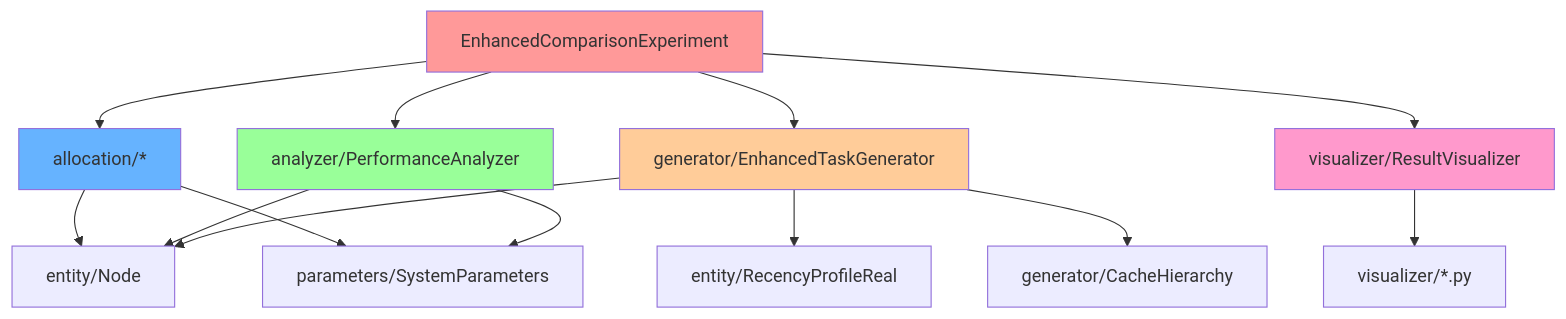
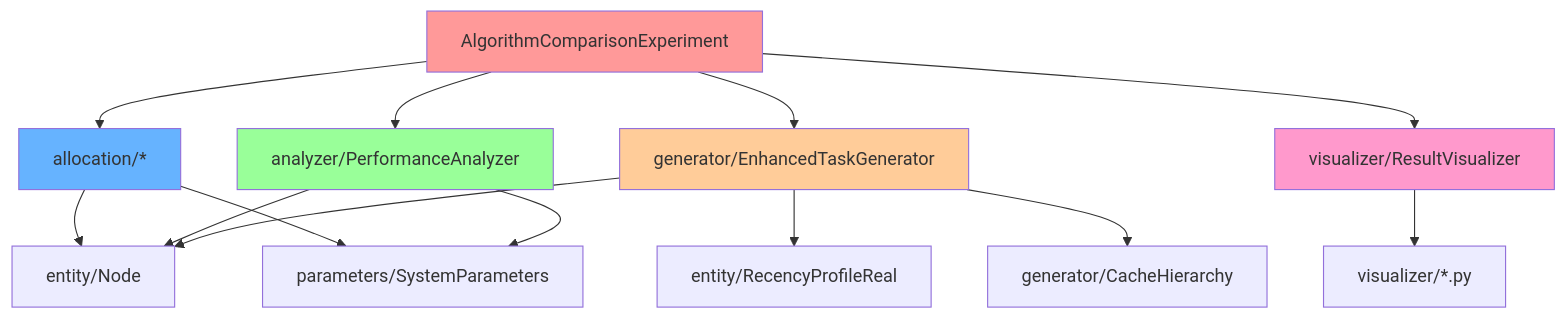
One commit to donotcryok/Yat-CAshed changed the second of 3 diagrams in simulator/Simulator.md. Above: the diagram before and after it, drawn with Mermaid. The commit also changed other lines of this file and 8 other files, not shown here.

````diff
--- a/simulator/Simulator.md
+++ b/simulator/Simulator.md
@@ -448,25 +452,25 @@
 ```mermaid
 graph TD
-    A[EnhancedComparisonExperiment] --> B[allocation/*]
+    A[AlgorithmComparisonExperiment] --> B[allocation/*]
     A --> C[analyzer/PerformanceAnalyzer]
     A --> D[generator/EnhancedTaskGenerator]
     A --> E[visualizer/ResultVisualizer]
   
     B --> F[entity/Node]
     B --> G[parameters/SystemParameters]
   
     C --> F
     C --> G
   
     D --> F
     D --> H[entity/RecencyProfileReal]
     D --> I[generator/CacheHierarchy]
   
     E --> J[visualizer/*.py]
   
     style A fill:#ff9999
     style B fill:#66b3ff
     style C fill:#99ff99
     style D fill:#ffcc99
     style E fill:#ff99cc
 ```
````
